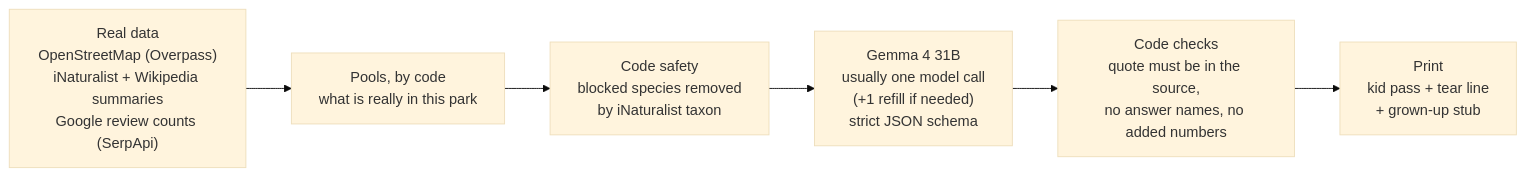
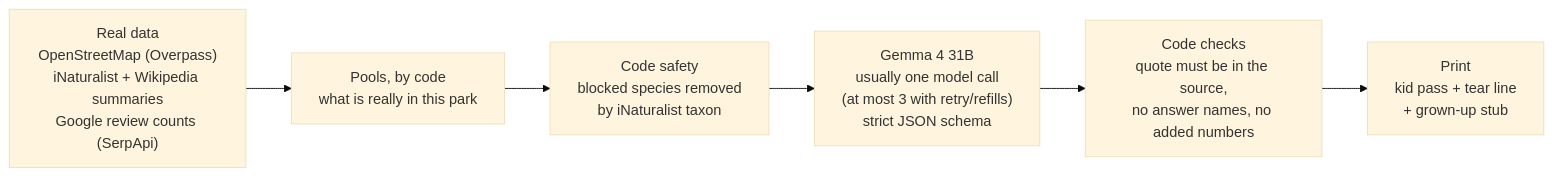
The diagram in README.md (c0de128/grass-pass), drawn with Mermaid (base theme) before and after one commit. The commit also changed other lines of this file and 9 other files, not shown here.

````diff
--- a/README.md
+++ b/README.md
@@ -50,8 +50,8 @@
 ```mermaid
 flowchart LR
   S["Real data<br/>OpenStreetMap (Overpass)<br/>iNaturalist + Wikipedia summaries<br/>Google review counts (SerpApi)"] --> P["Pools, by code<br/>what is really in this park"]
   P --> F["Code safety<br/>blocked species removed<br/>by iNaturalist taxon"]
-  F --> AI["Gemma 4 31B<br/>usually one model call<br/>(+1 refill if needed)<br/>strict JSON schema"]
+  F --> AI["Gemma 4 31B<br/>usually one model call<br/>(at most 3 with retry/refills)<br/>strict JSON schema"]
   AI --> V["Code checks<br/>quote must be in the source,<br/>no answer names, no added numbers"]
   V --> PR["Print<br/>kid pass + tear line<br/>+ grown-up stub"]
 ```
````
